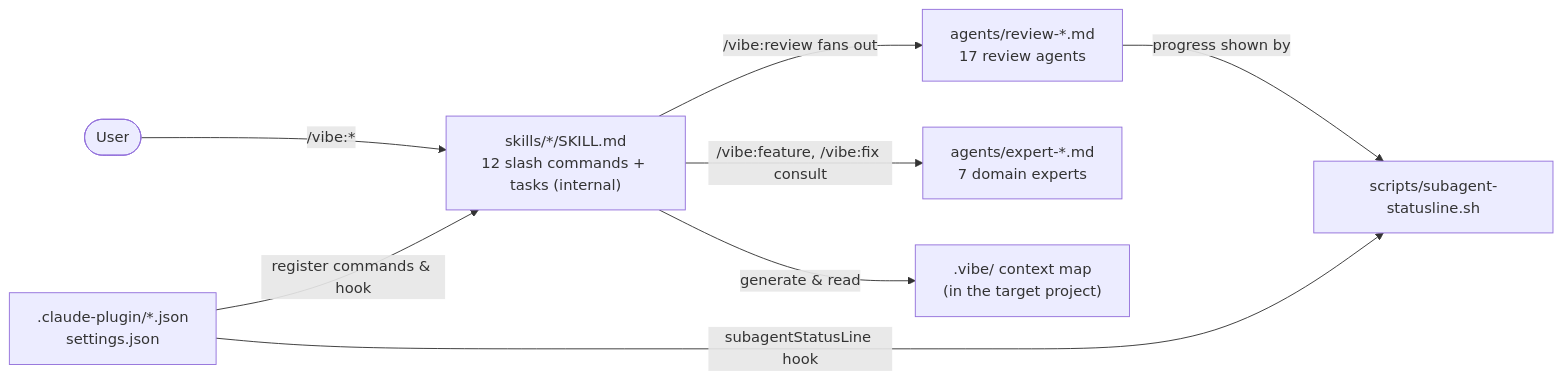
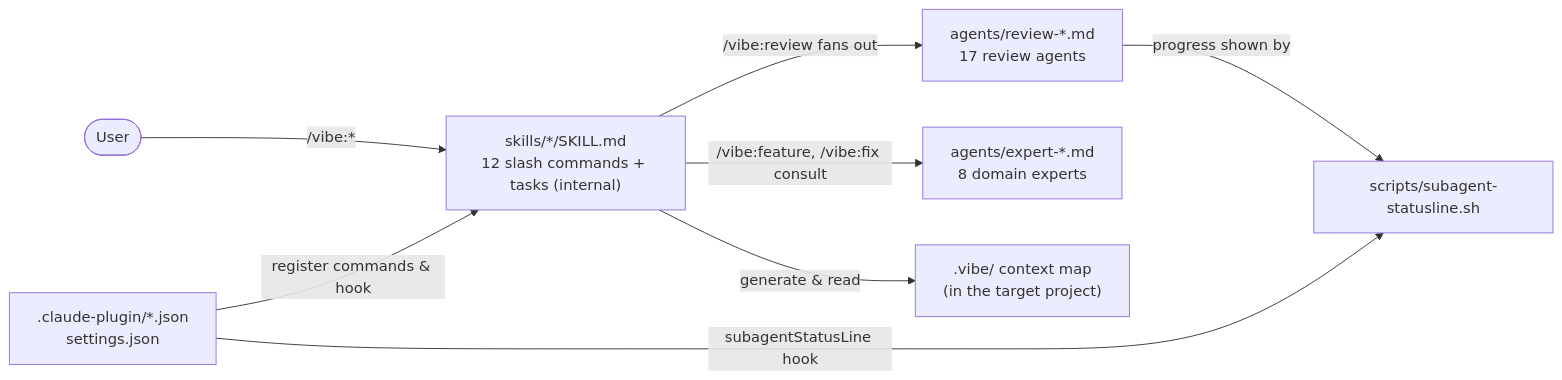
One commit to neolao/claude-plugin-vibe changed the diagram in docs/architecture.md. Above: the diagram before and after it, drawn with Mermaid. The commit also changed other lines of this file and 10 other files, not shown here.

````diff
--- a/docs/architecture.md
+++ b/docs/architecture.md
@@ -24,10 +24,10 @@
 ```mermaid
 flowchart LR
     user([User]) -- "/vibe:*" --> skills["skills/*/SKILL.md<br/>12 slash commands + tasks (internal)"]
     skills -- "/vibe:review fans out" --> agents["agents/review-*.md<br/>17 review agents"]
-    skills -- "/vibe:feature, /vibe:fix consult" --> experts["agents/expert-*.md<br/>7 domain experts"]
+    skills -- "/vibe:feature, /vibe:fix consult" --> experts["agents/expert-*.md<br/>8 domain experts"]
     skills -- "generate & read" --> vibe[".vibe/ context map<br/>(in the target project)"]
     manifests[".claude-plugin/*.json<br/>settings.json"] -- "register commands & hook" --> skills
     manifests -- "subagentStatusLine hook" --> statusline["scripts/subagent-statusline.sh"]
     agents -- "progress shown by" --> statusline
 ```
````
